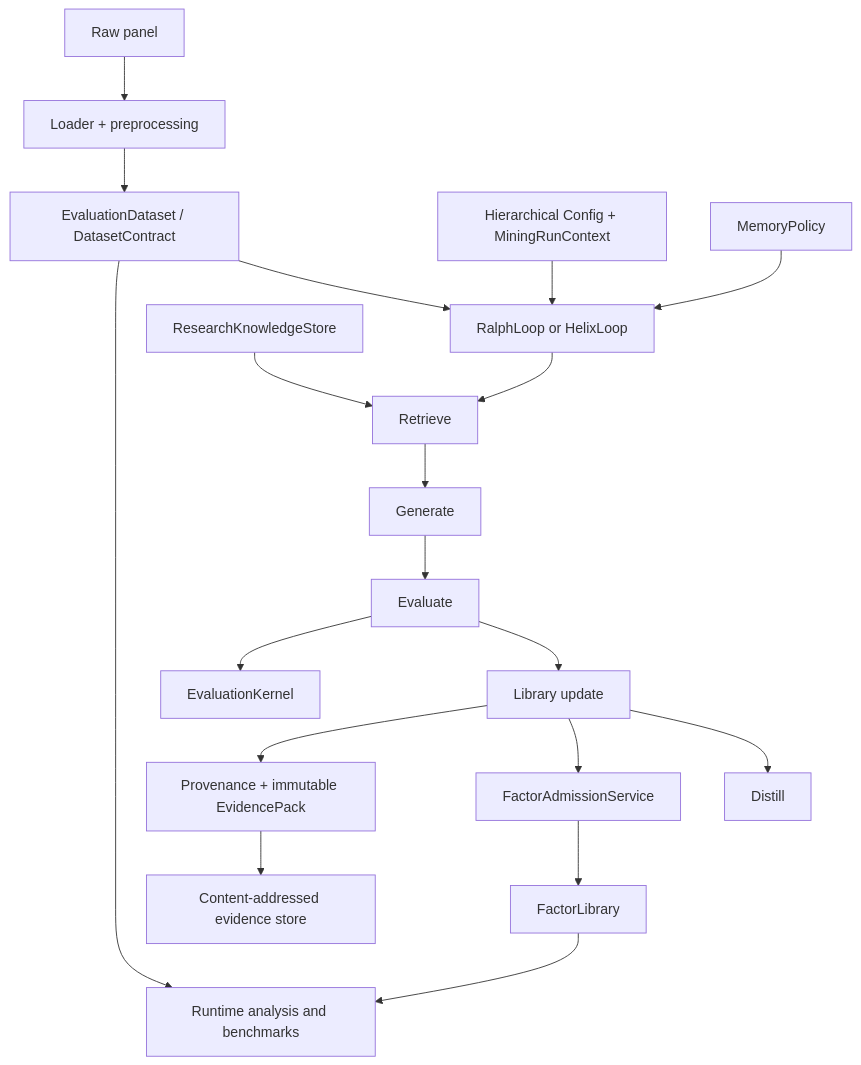
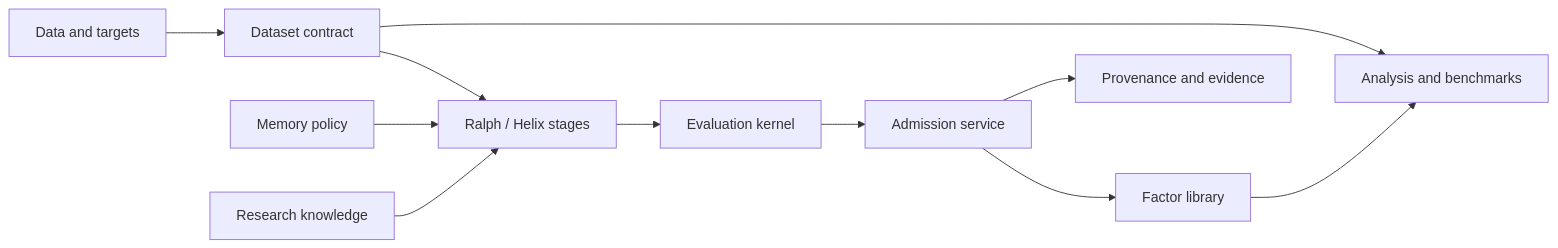
The diagram in docs/architecture.md (mathews/factorminer), drawn with Mermaid before and after one commit. The commit also changed other lines of this file and 13 other files, not shown here.

````diff
--- a/docs/architecture.md
+++ b/docs/architecture.md
@@ -11,21 +9,13 @@
 ```mermaid
-flowchart TD
-    A["Raw panel"] --> B["Loader + preprocessing"]
-    B --> C["EvaluationDataset / DatasetContract"]
-    C --> D["RalphLoop or HelixLoop"]
-    Q["Hierarchical Config + MiningRunContext"] --> D
-    M["MemoryPolicy"] --> D
-    K["ResearchKnowledgeStore"] --> R
-    D --> R["Retrieve"]
-    R --> G["Generate"]
-    G --> E["Evaluate"]
-    E --> U["Library update"]
-    U --> S["Distill"]
-    E --> EK["EvaluationKernel"]
-    U --> L["FactorAdmissionService"]
-    L --> F["FactorLibrary"]
-    F --> X["Runtime analysis and benchmarks"]
-    U --> P["Provenance + immutable EvidencePack"]
-    P --> ES["Content-addressed evidence store"]
-    C --> X
+flowchart LR
+    D[Data and targets] --> C[Dataset contract]
+    C --> L[Ralph / Helix stages]
+    M[Memory policy] --> L
+    K[Research knowledge] --> L
+    L --> E[Evaluation kernel]
+    E --> A[Admission service]
+    A --> F[Factor library]
+    A --> P[Provenance and evidence]
+    F --> R[Analysis and benchmarks]
+    C --> R
 ```
````
